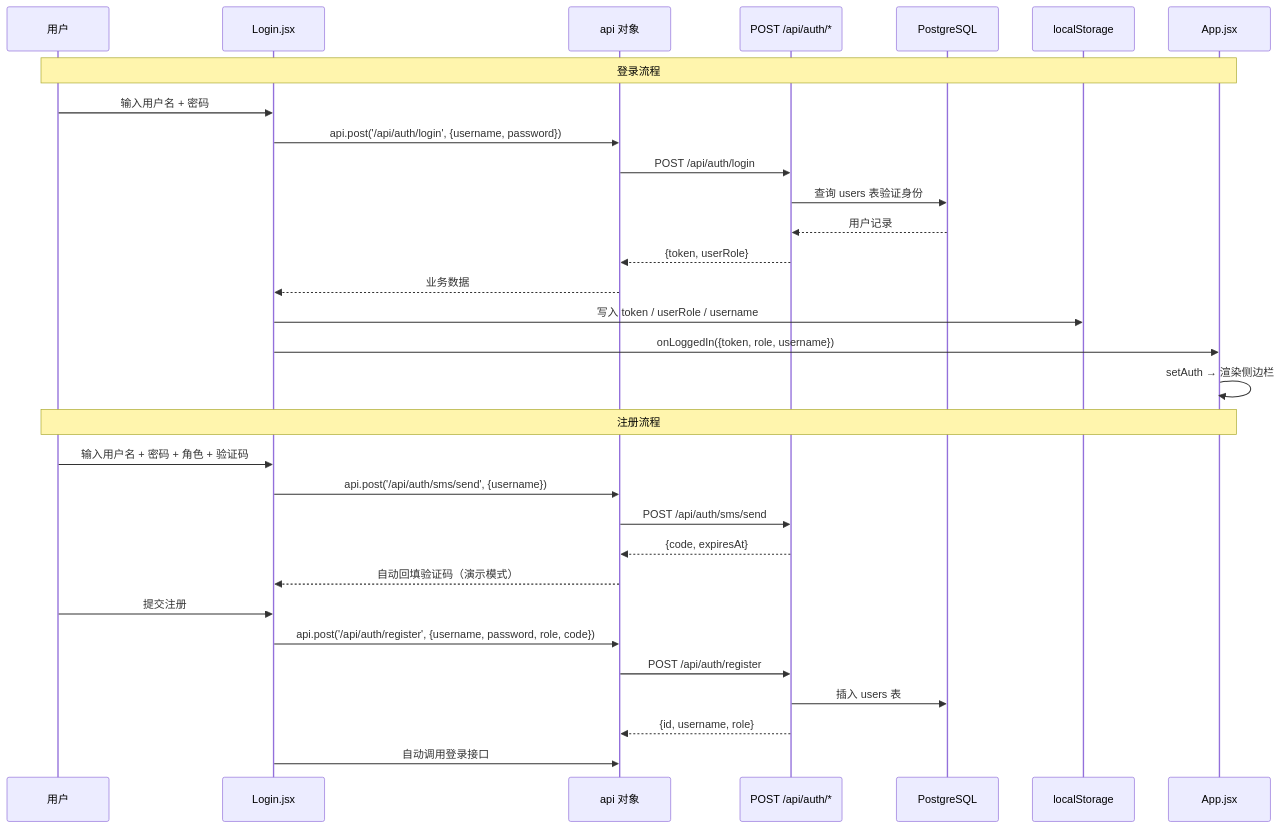
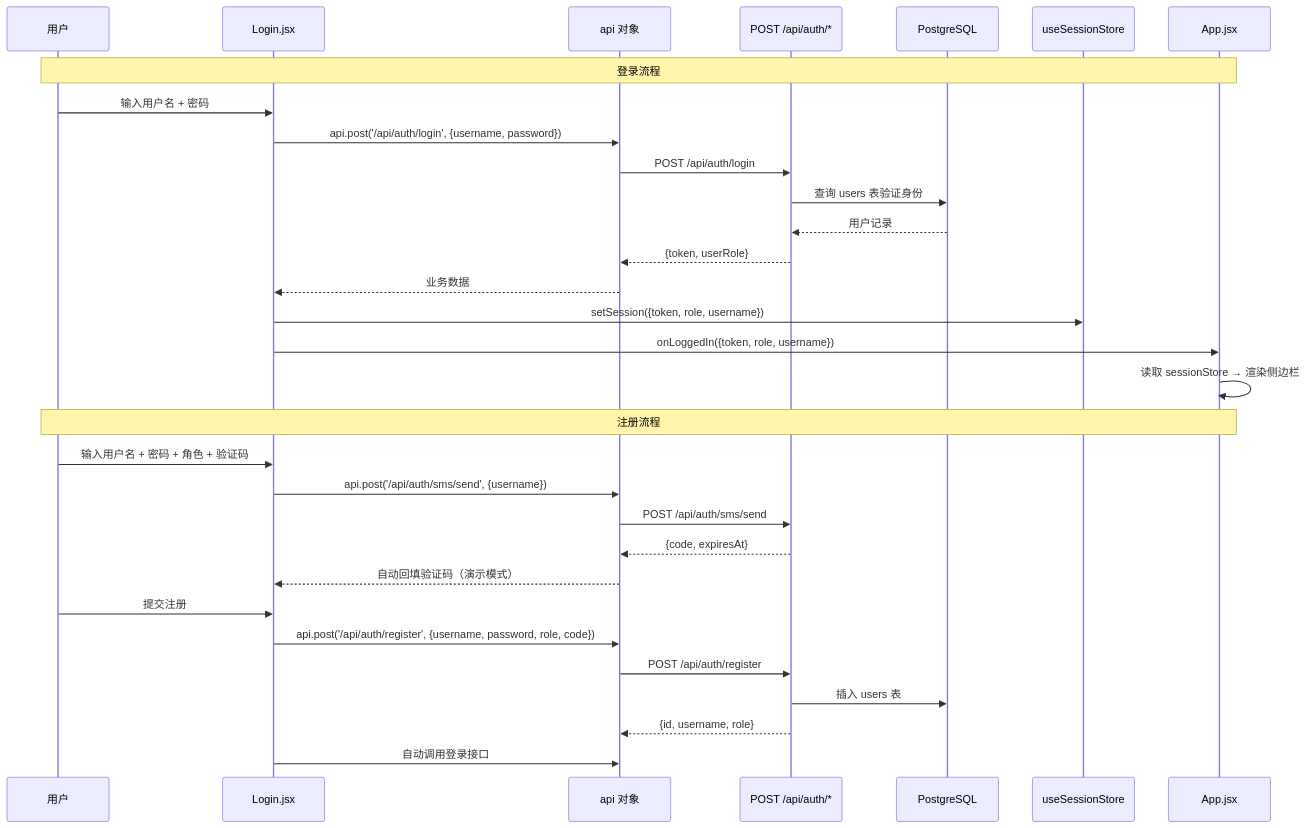
One commit to chendingya/EaseStay changed the second of 14 diagrams in docs/admin/admin-dataflow.md. Above: the diagram before and after it, drawn with Mermaid. The commit also changed other lines of this file and 4 other files, not shown here.

````diff
--- a/docs/admin/admin-dataflow.md
+++ b/docs/admin/admin-dataflow.md
@@ -49,35 +49,35 @@
 ```mermaid
 sequenceDiagram
     participant U as 用户
     participant Login as Login.jsx
     participant API as api 对象
     participant Server as POST /api/auth/*
     participant DB as PostgreSQL
-    participant LS as localStorage
+    participant SessionStore as useSessionStore
     participant App as App.jsx
 
     Note over U,App: 登录流程
     U->>Login: 输入用户名 + 密码
     Login->>API: api.post('/api/auth/login', {username, password})
     API->>Server: POST /api/auth/login
     Server->>DB: 查询 users 表验证身份
     DB-->>Server: 用户记录
     Server-->>API: {token, userRole}
     API-->>Login: 业务数据
-    Login->>LS: 写入 token / userRole / username
+    Login->>SessionStore: setSession({token, role, username})
     Login->>App: onLoggedIn({token, role, username})
-    App->>App: setAuth → 渲染侧边栏
+    App->>App: 读取 sessionStore → 渲染侧边栏
 
     Note over U,App: 注册流程
     U->>Login: 输入用户名 + 密码 + 角色 + 验证码
     Login->>API: api.post('/api/auth/sms/send', {username})
     API->>Server: POST /api/auth/sms/send
     Server-->>API: {code, expiresAt}
     API-->>Login: 自动回填验证码（演示模式）
     U->>Login: 提交注册
     Login->>API: api.post('/api/auth/register', {username, password, role, code})
     API->>Server: POST /api/auth/register
     Server->>DB: 插入 users 表
     Server-->>API: {id, username, role}
     Login->>API: 自动调用登录接口
 ```
````
